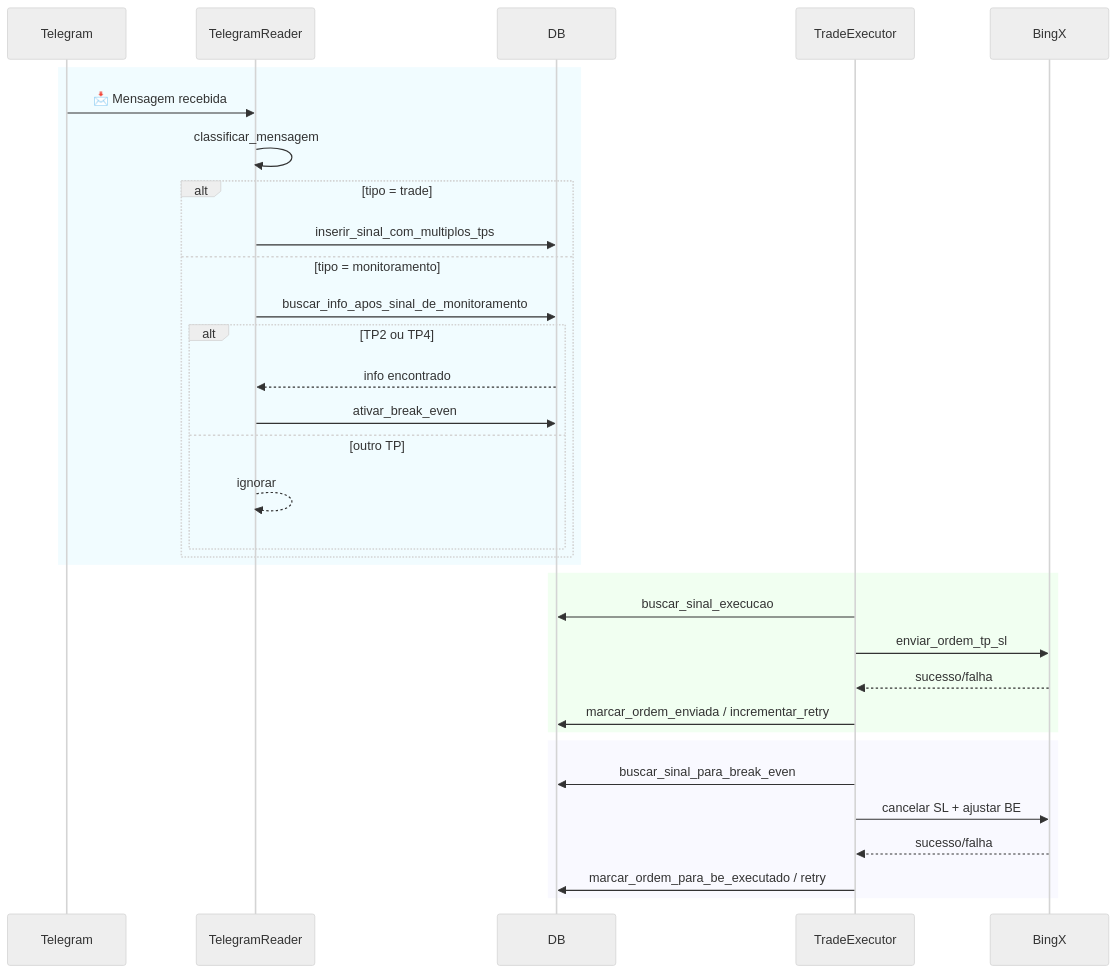
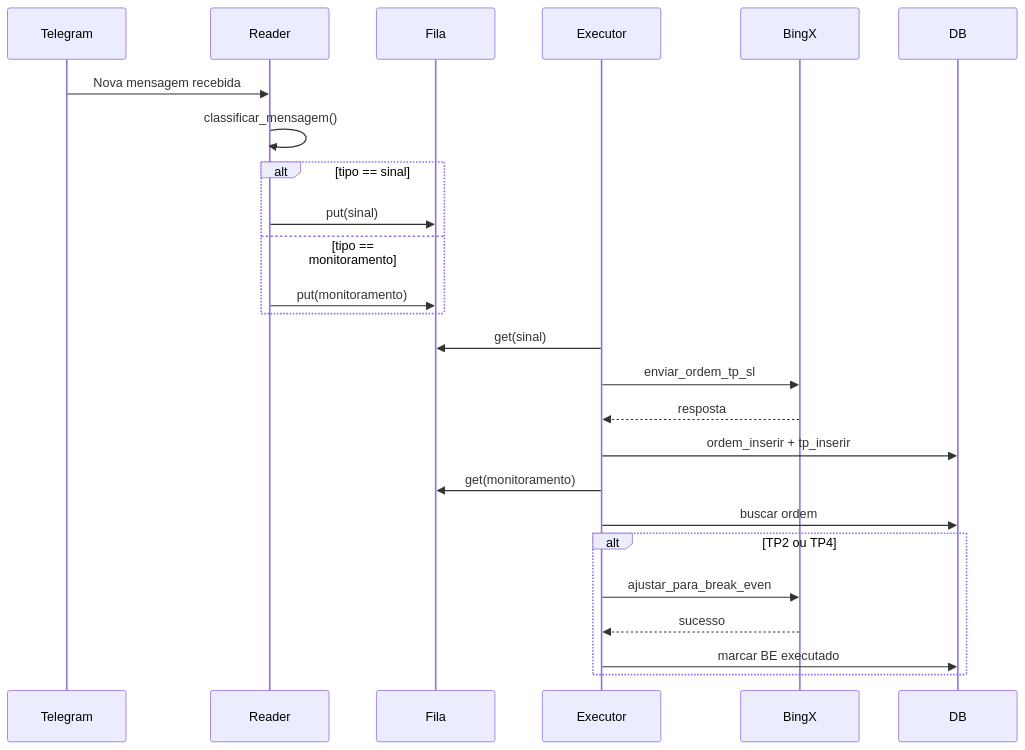
The diagram in README.md (danielfcastro/TelegramReader), drawn with Mermaid before and after one commit. The commit also changed other lines of this file and 5 other files, not shown here.

````diff
--- a/README.md
+++ b/README.md
@@ -242,40 +149,30 @@
 ```mermaid
-%%{ init : { "theme" : "neutral" } }%%
 sequenceDiagram
     participant Telegram
-    participant TelegramReader
+    participant Reader
+    participant Fila
+    participant Executor
+    participant BingX
     participant DB
-    participant TradeExecutor
-    participant BingX
 
-    rect rgba(220, 248, 255, 0.4)
-        Telegram->>TelegramReader: 📩 Mensagem recebida
-        TelegramReader->>TelegramReader: classificar_mensagem
-        alt tipo = trade
-            TelegramReader->>DB: inserir_sinal_com_multiplos_tps
-        else tipo = monitoramento
-            TelegramReader->>DB: buscar_info_apos_sinal_de_monitoramento
-            alt TP2 ou TP4
-                DB-->>TelegramReader: info encontrado
-                TelegramReader->>DB: ativar_break_even
-            else outro TP
-                TelegramReader-->>TelegramReader: ignorar
-            end
-        end
+    Telegram->>Reader: Nova mensagem recebida
+    Reader->>Reader: classificar_mensagem()
+    alt tipo == sinal
+        Reader->>Fila: put(sinal)
+    else tipo == monitoramento
+        Reader->>Fila: put(monitoramento)
     end
 
-    rect rgba(220, 255, 220, 0.4)
-        TradeExecutor->>DB: buscar_sinal_execucao
-        TradeExecutor->>BingX: enviar_ordem_tp_sl
-        BingX-->>TradeExecutor: sucesso/falha
-        TradeExecutor->>DB: marcar_ordem_enviada / incrementar_retry
+    Executor->>Fila: get(sinal)
+    Executor->>BingX: enviar_ordem_tp_sl
+    BingX-->>Executor: resposta
+    Executor->>DB: ordem_inserir + tp_inserir
+
+    Executor->>Fila: get(monitoramento)
+    Executor->>DB: buscar ordem
+    alt TP2 ou TP4
+        Executor->>BingX: ajustar_para_break_even
+        BingX-->>Executor: sucesso
+        Executor->>DB: marcar BE executado
     end
-
-    rect rgba(240, 240, 255, 0.4)
-        TradeExecutor->>DB: buscar_sinal_para_break_even
-        TradeExecutor->>BingX: cancelar SL + ajustar BE
-        BingX-->>TradeExecutor: sucesso/falha
-        TradeExecutor->>DB: marcar_ordem_para_be_executado / retry
-    end
-
 ```
````
